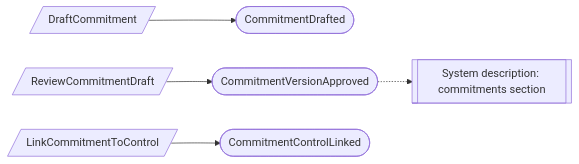
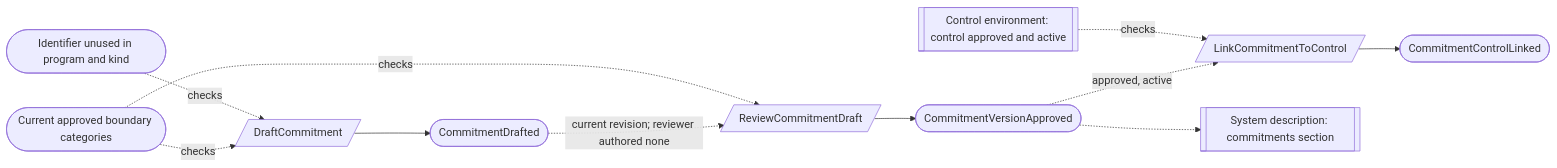
One commit to bdgrz/compliance-core changed the second of 3 diagrams in docs/proposed/contexts/commitments.md. Above: the diagram before and after it, drawn with Mermaid. The commit also changed other lines of this file and 310 other files, not shown here.

````diff
--- a/docs/proposed/contexts/commitments.md
+++ b/docs/proposed/contexts/commitments.md
@@ -127,7 +133,13 @@
 ```mermaid
 flowchart LR
+    B([Current approved boundary categories]) -. checks .-> C1
+    U([Identifier unused in program and kind]) -. checks .-> C1
     C1[/DraftCommitment/] --> E1([CommitmentDrafted])
-    C2[/ReviewCommitmentDraft/] --> E2([CommitmentVersionApproved])
-    C3[/LinkCommitmentToControl/] --> E3([CommitmentControlLinked])
+    E1 -. "current revision; reviewer authored none" .-> C2[/ReviewCommitmentDraft/]
+    B -. checks .-> C2
+    C2 --> E2([CommitmentVersionApproved])
+    E2 -. "approved, active" .-> C3[/LinkCommitmentToControl/]
+    K[[Control environment: control approved and active]] -. checks .-> C3
+    C3 --> E3([CommitmentControlLinked])
     E2 -.-> X1[[System description: commitments section]]
 ```
````
